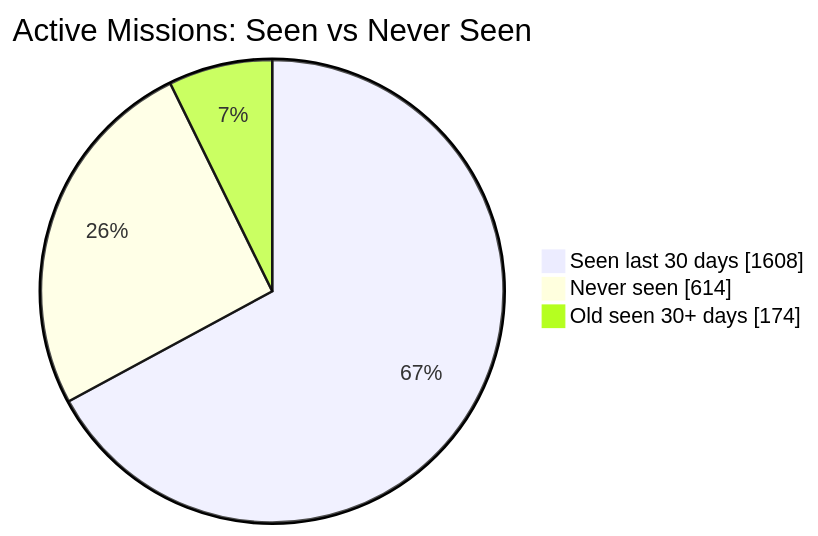
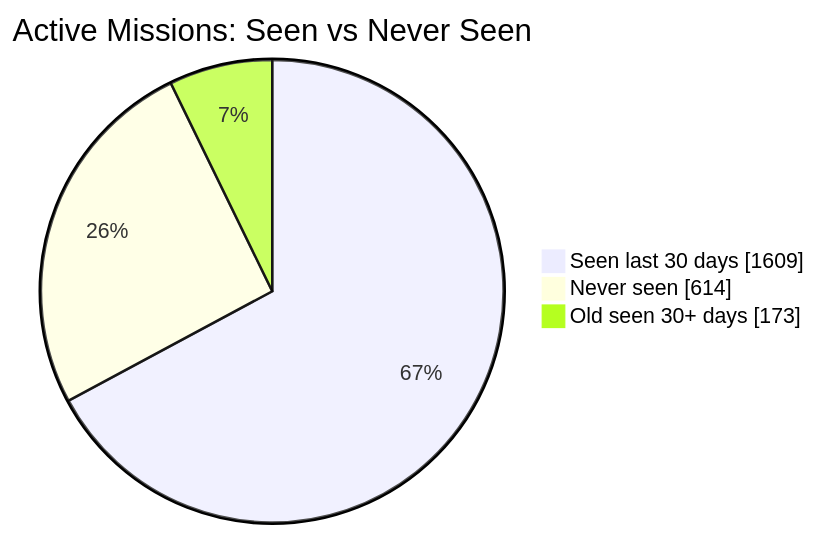
The first of 2 diagrams in README.md (MeldkamerspelGameTeam/active-missions), drawn with Mermaid before and after one commit. The commit also changed other lines of this file and 2 other files, not shown here.

````diff
--- a/README.md
+++ b/README.md
@@ -34,7 +34,7 @@
 ```mermaid
 pie showData
     title Active Missions: Seen vs Never Seen
-    "Seen last 30 days" : 1608
+    "Seen last 30 days" : 1609
     "Never seen" : 614
-    "Old seen 30+ days" : 174
+    "Old seen 30+ days" : 173
 ```
````
